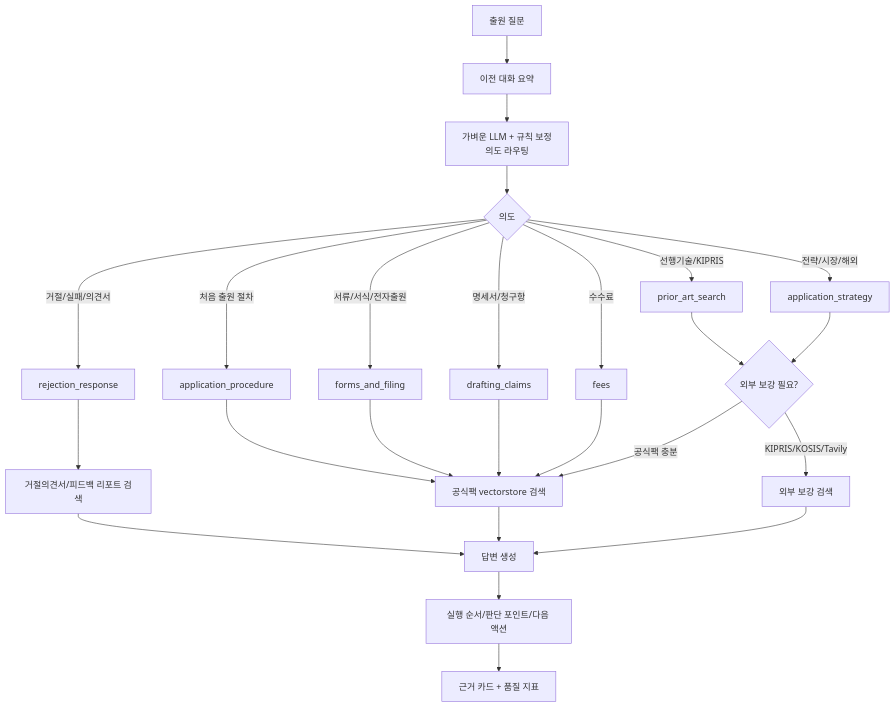
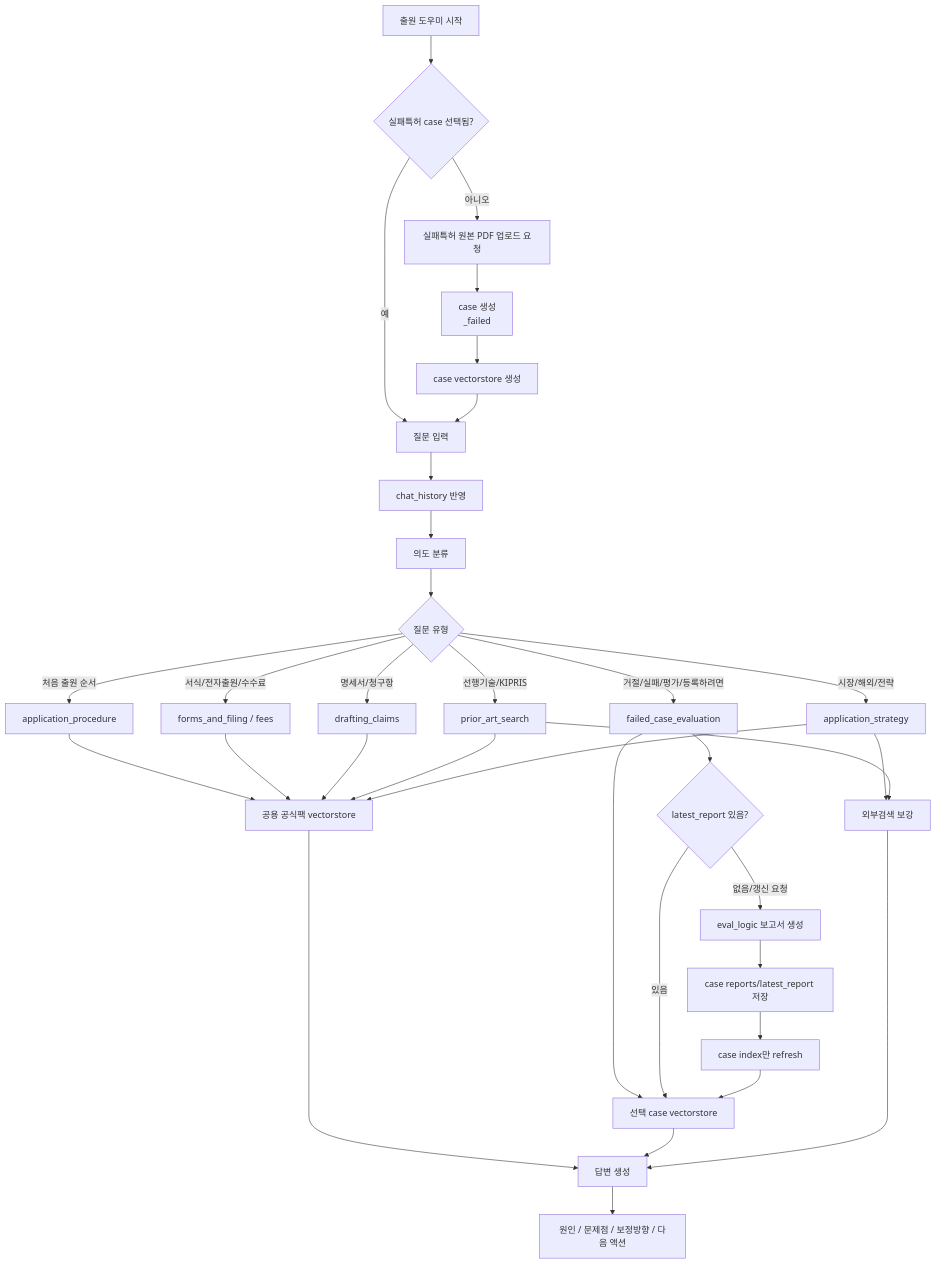
The third of 4 diagrams in chatbot/docs/CHATBOT_ARCHITECTURE_AND_USAGE.md (skipers/skipa-ai-server), drawn with Mermaid before and after one commit. The commit also changed other lines of this file and 11 other files, not shown here.

Commit message:
docs: align chatbot and eval architecture guides

````diff
--- a/chatbot/docs/CHATBOT_ARCHITECTURE_AND_USAGE.md
+++ b/chatbot/docs/CHATBOT_ARCHITECTURE_AND_USAGE.md
@@ -79,31 +164,39 @@
 ```mermaid
 flowchart TD
-  Q[출원 질문] --> H[이전 대화 요약]
-  H --> I[가벼운 LLM + 규칙 보정<br/>의도 라우팅]
-  I --> T{의도}
+  START[출원 도우미 시작] --> NEED{실패특허 case 선택됨?}
+  NEED -->|아니오| UPLOAD[실패특허 원본 PDF 업로드 요청]
+  UPLOAD --> CASEMAKE[case 생성<br/><registration>_failed]
+  CASEMAKE --> CASEIDX[case vectorstore 생성]
+  NEED -->|예| Q[질문 입력]
+  CASEIDX --> Q
 
-  T -->|처음 출원 절차| P[application_procedure]
-  T -->|서류/서식/전자출원| F[forms_and_filing]
-  T -->|명세서/청구항| C[drafting_claims]
-  T -->|선행기술/KIPRIS| S[prior_art_search]
-  T -->|거절/실패/의견서| R[rejection_response]
-  T -->|수수료| FE[fees]
-  T -->|전략/시장/해외| ST[application_strategy]
+  Q --> HIST[chat_history 반영]
+  HIST --> INTENT[의도 분류]
+  INTENT --> TYPE{질문 유형}
+  TYPE -->|처음 출원 순서| PROC[application_procedure]
+  TYPE -->|서식/전자출원/수수료| FORM[forms_and_filing / fees]
+  TYPE -->|명세서/청구항| CLAIM[drafting_claims]
+  TYPE -->|선행기술/KIPRIS| PRIOR[prior_art_search]
+  TYPE -->|거절/실패/평가/등록하려면| FAIL[failed_case_evaluation]
+  TYPE -->|시장/해외/전략| STRAT[application_strategy]
 
-  P --> L[공식팩 vectorstore 검색]
-  F --> L
-  C --> L
-  FE --> L
-  S --> E{외부 보강 필요?}
-  R --> FB[거절의견서/피드백 리포트 검색]
-  ST --> E
+  PROC --> COMMON[공용 공식팩 vectorstore]
+  FORM --> COMMON
+  CLAIM --> COMMON
+  PRIOR --> COMMON
+  STRAT --> COMMON
+  STRAT --> WEB[외부검색 보강]
+  PRIOR --> WEB
+  FAIL --> CASE[선택 case vectorstore]
+  FAIL --> RPT{latest_report 있음?}
+  RPT -->|없음/갱신 요청| GEN[eval_logic 보고서 생성]
+  GEN --> SAVE[case reports/latest_report 저장]
+  SAVE --> REFRESH[case index만 refresh]
+  RPT -->|있음| CASE
+  REFRESH --> CASE
 
-  E -->|KIPRIS/KOSIS/Tavily| W[외부 보강 검색]
-  E -->|공식팩 충분| L
-  FB --> A[답변 생성]
-  L --> A
-  W --> A
-
-  A --> O[실행 순서/판단 포인트/다음 액션]
-  O --> G[근거 카드 + 품질 지표]
+  COMMON --> ANS[답변 생성]
+  CASE --> ANS
+  WEB --> ANS
+  ANS --> GUIDE[원인 / 문제점 / 보정방향 / 다음 액션]
 ```
````
